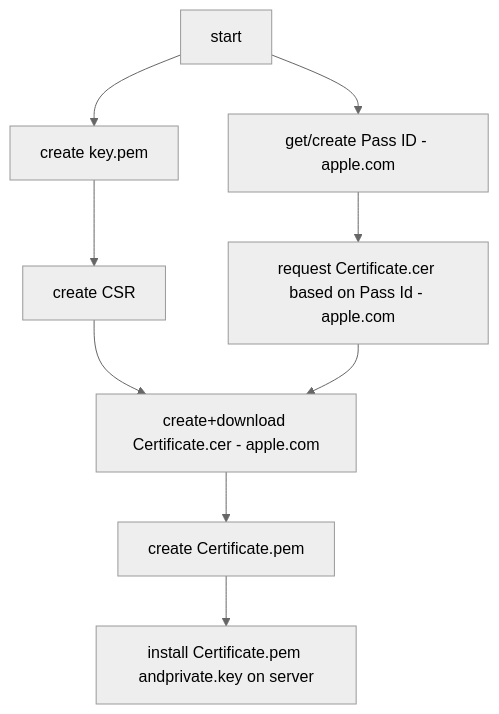
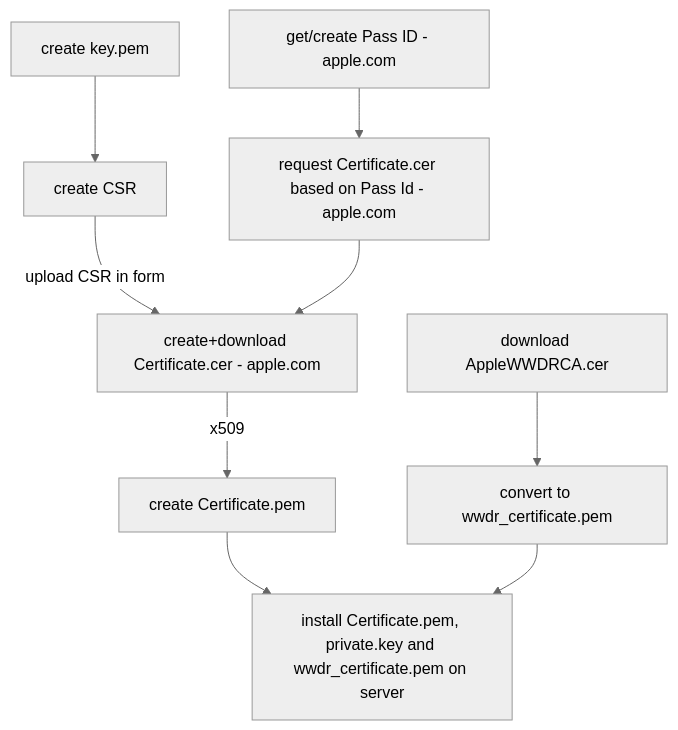
Before and after one commit to edutap-eu/apple-pass-creator-service: the diagram in README.md, drawn with Mermaid (neutral theme). The commit also changed other lines of this file and 3 other files, not shown here.

````diff
--- a/README.md
+++ b/README.md
@@ -7,11 +9,13 @@
 ```mermaid
 flowchart TD
-    A[start] --> B[create key.pem]
-    A --> D[get/create Pass ID - apple.com]
+    B[create key.pem]
+    D[get/create Pass ID - apple.com]
+    WWDR[download AppleWWDRCA.cer] -->WWDRPEM[convert to wwdr_certificate.pem]
     D --> E[request Certificate.cer based on Pass Id - apple.com]
-    B[create key.pem] --> C[create CSR]
-    C --> F[create+download Certificate.cer - apple.com]
+    B[create key.pem] --> CSR[create CSR]
+    CSR -->|upload CSR in form| F[create+download Certificate.cer - apple.com]
     E --> F
-    F --> G[create Certificate.pem]
-    G --> H[install Certificate.pem andprivate.key on server]
+    F -->|x509| G[create Certificate.pem]
+    G --> H[install Certificate.pem, private.key and wwdr_certificate.pem on server]
+    WWDRPEM --> H
 ```
````
